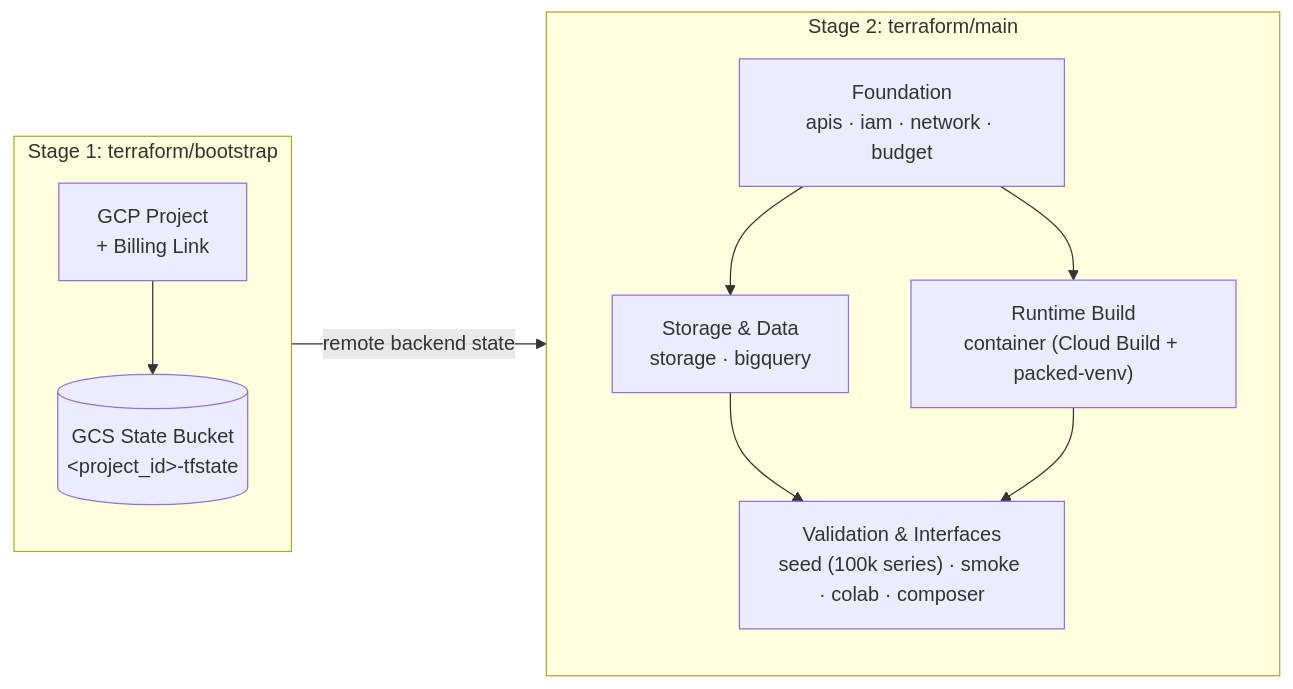
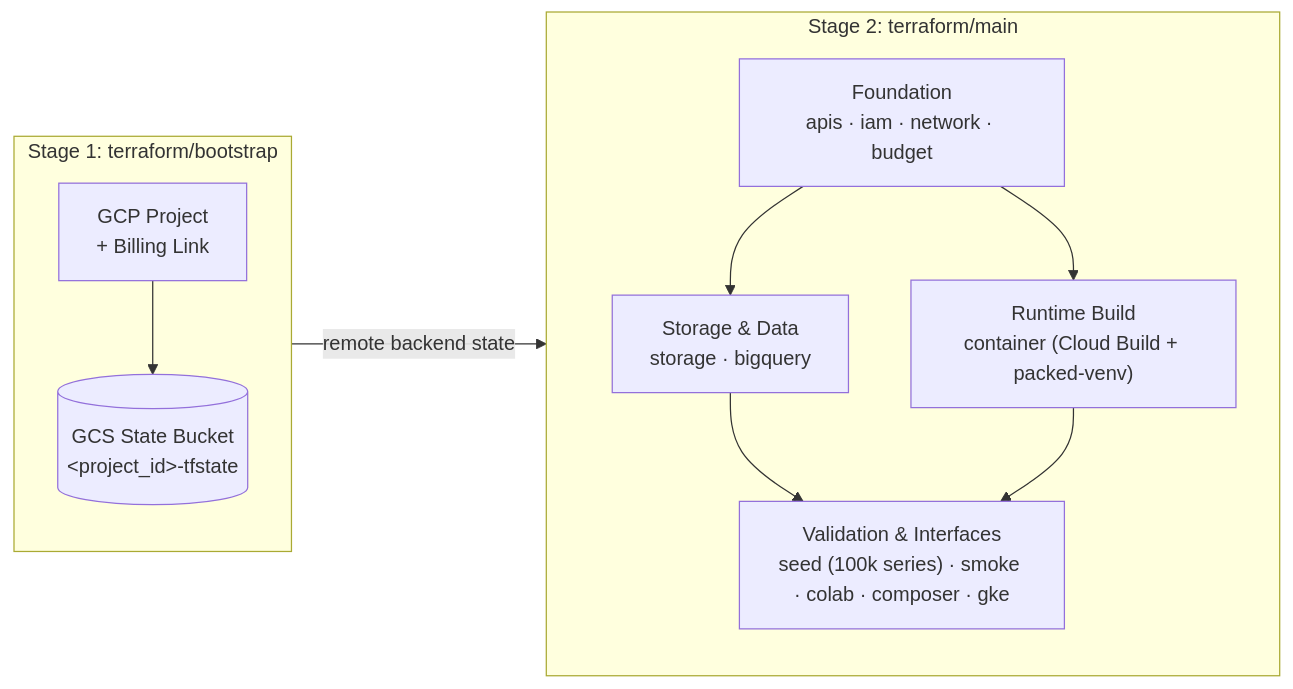
Before and after one commit to statmike/scale-forecasting: the diagram in terraform/README.md, drawn with Mermaid. The commit also changed 28 other files, not shown here.

````diff
--- a/terraform/README.md
+++ b/terraform/README.md
@@ -5,20 +5,20 @@
 ```mermaid
 flowchart LR
     subgraph s1["Stage 1: terraform/bootstrap"]
         proj["GCP Project<br/>+ Billing Link"]
         tfstate[("GCS State Bucket<br/>&lt;project_id&gt;-tfstate")]
         proj --> tfstate
     end
 
     subgraph s2["Stage 2: terraform/main"]
         direction TB
         found["Foundation<br/>apis · iam · network · budget"]
         data["Storage & Data<br/>storage · bigquery"]
         build["Runtime Build<br/>container (Cloud Build + packed-venv)"]
-        work["Validation & Interfaces<br/>seed (100k series) · smoke · colab · composer"]
+        work["Validation & Interfaces<br/>seed (100k series) · smoke · colab · composer · gke"]
         found --> data & build
         data & build --> work
     end
 
     s1 -->|"remote backend state"| s2
 ```
````
